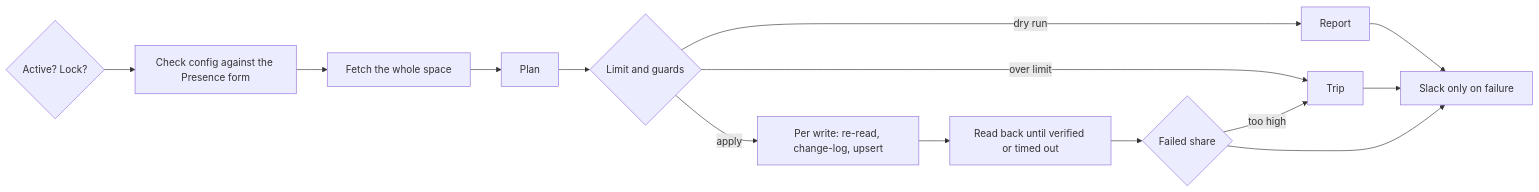
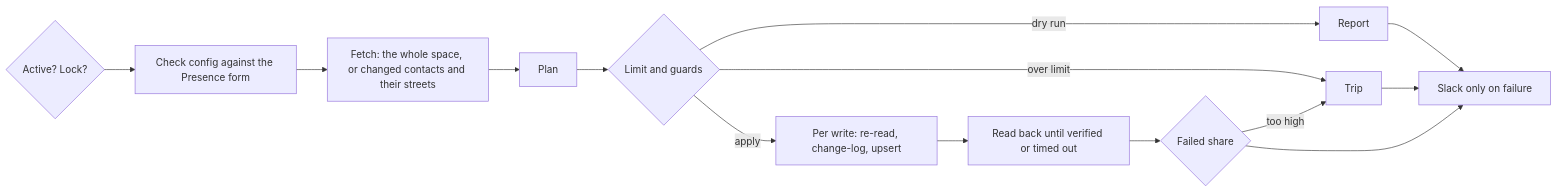
The diagram in docs/household-match/design.md (TrellisCommons/qomon-automations), drawn with Mermaid before and after one commit. The commit also changed other lines of this file and 15 other files, not shown here.

````diff
--- a/docs/household-match/design.md
+++ b/docs/household-match/design.md
@@ -12,11 +12,11 @@
 ```mermaid
 flowchart LR
-  G{Active? Lock?} --> C[Check config against the Presence form] --> F[Fetch the whole space] --> P[Plan] --> B{Limit and guards}
+  G{Active? Lock?} --> C[Check config against the Presence form] --> F[Fetch: the whole space, or changed contacts and their streets] --> P[Plan] --> B{Limit and guards}
   B -- dry run --> R[Report]
   B -- over limit --> T[Trip]
   B -- apply --> A[Per write: re-read, change-log, upsert] --> V[Read back until verified or timed out] --> S{Failed share}
   S -- too high --> T
   R --> N[Slack only on failure]
   S --> N
   T --> N
 ```
````
